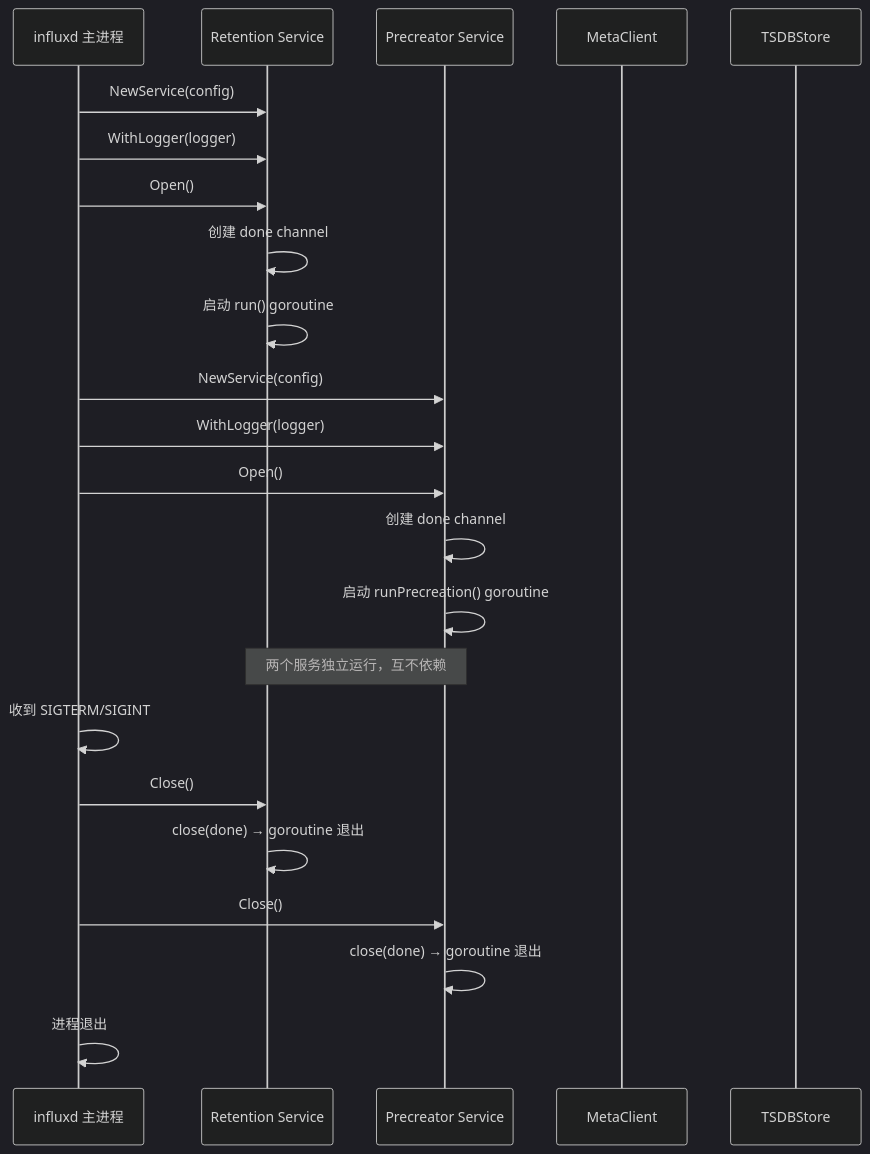
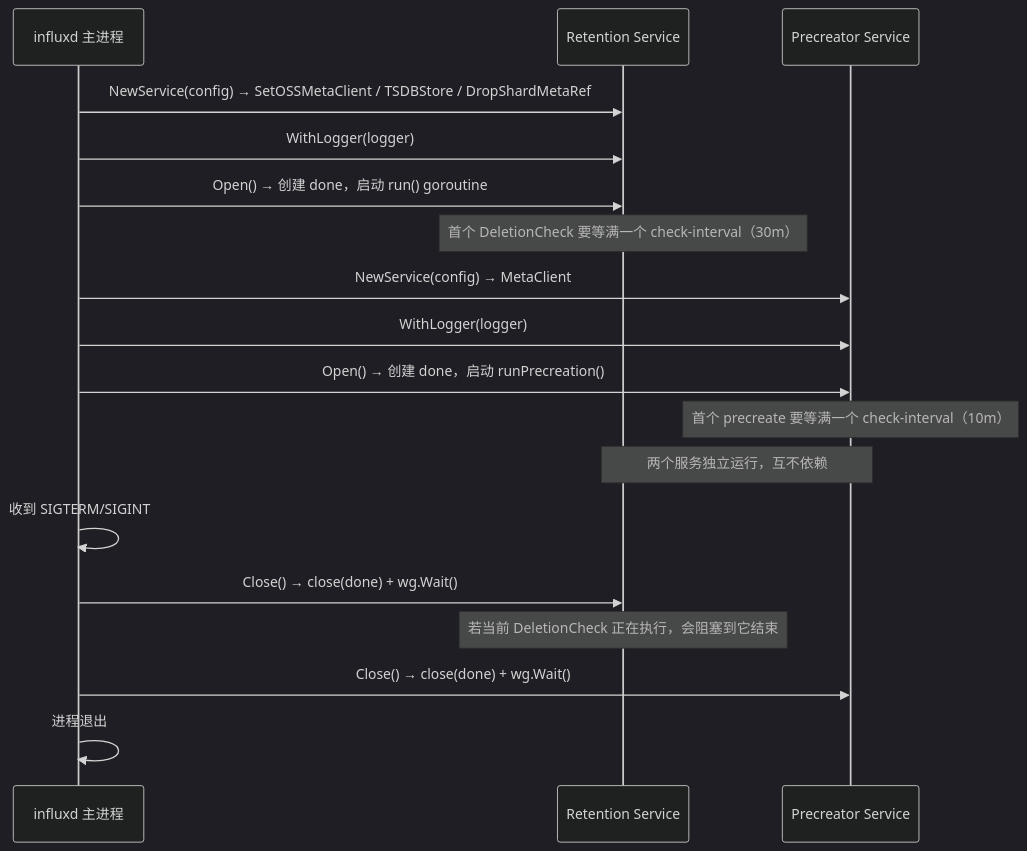
The third of 17 diagrams in docs/specs/12_background_services_spec.md (stefanv5/influxdb), drawn with Mermaid (dark theme) before and after one commit. The commit also changed other lines of this file and 16 other files, not shown here.

First line of the commit message:
docs: correct and deepen the 17 architecture specs

````diff
--- a/docs/specs/12_background_services_spec.md
+++ b/docs/specs/12_background_services_spec.md
@@ -90,29 +92,24 @@
 ```mermaid
 sequenceDiagram
     participant Main as influxd 主进程
     participant RetSvc as Retention Service
     participant PreSvc as Precreator Service
-    participant Meta as MetaClient
-    participant TSDB as TSDBStore
 
-    Main->>RetSvc: NewService(config)
+    Main->>RetSvc: NewService(config) → SetOSSMetaClient / TSDBStore / DropShardMetaRef
     Main->>RetSvc: WithLogger(logger)
-    Main->>RetSvc: Open()
-    RetSvc->>RetSvc: 创建 done channel
-    RetSvc->>RetSvc: 启动 run() goroutine
+    Main->>RetSvc: Open() → 创建 done，启动 run() goroutine
+    Note over RetSvc: 首个 DeletionCheck 要等满一个 check-interval（30m）
 
-    Main->>PreSvc: NewService(config)
+    Main->>PreSvc: NewService(config) → MetaClient
     Main->>PreSvc: WithLogger(logger)
-    Main->>PreSvc: Open()
-    PreSvc->>PreSvc: 创建 done channel
-    PreSvc->>PreSvc: 启动 runPrecreation() goroutine
+    Main->>PreSvc: Open() → 创建 done，启动 runPrecreation()
+    Note over PreSvc: 首个 precreate 要等满一个 check-interval（10m）
 
     Note over RetSvc,PreSvc: 两个服务独立运行，互不依赖
 
     Main->>Main: 收到 SIGTERM/SIGINT
-    Main->>RetSvc: Close()
-    RetSvc->>RetSvc: close(done) → goroutine 退出
-    Main->>PreSvc: Close()
-    PreSvc->>PreSvc: close(done) → goroutine 退出
+    Main->>RetSvc: Close() → close(done) + wg.Wait()
+    Note over RetSvc: 若当前 DeletionCheck 正在执行，会阻塞到它结束
+    Main->>PreSvc: Close() → close(done) + wg.Wait()
     Main->>Main: 进程退出
 ```
````
